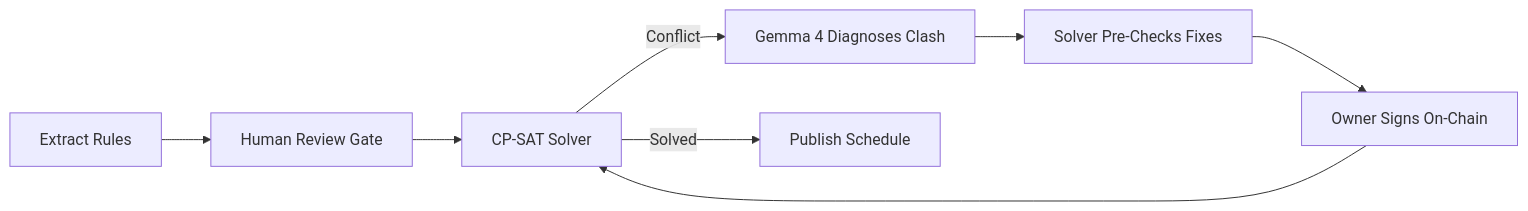
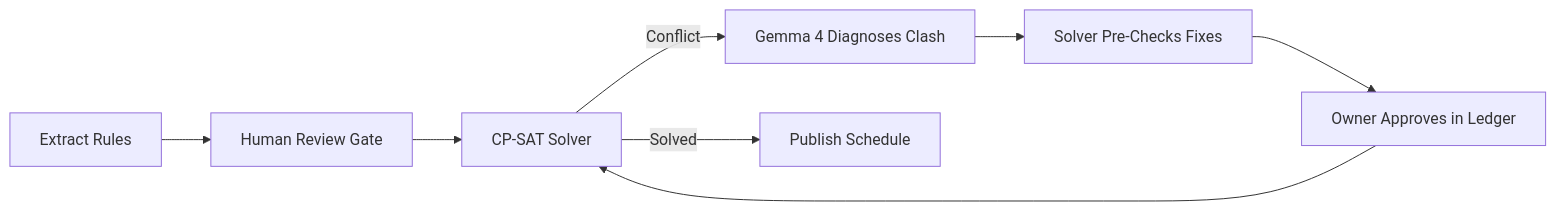
One commit to ANUJ760/PhishTank changed the fifth of 5 diagrams in README.md. Above: the diagram before and after it, drawn with Mermaid. The commit also changed other lines of this file and 28 other files, not shown here.

````diff
--- a/README.md
+++ b/README.md
@@ -269,10 +269,10 @@
 ```mermaid
 flowchart LR
     A["Extract Rules"] --> B["Human Review Gate"]
     B --> C["CP-SAT Solver"]
     C -->|"Conflict"| D["Gemma 4 Diagnoses Clash"]
     D --> E["Solver Pre-Checks Fixes"]
-    E --> F["Owner Signs On-Chain"]
+    E --> F["Owner Approves in Ledger"]
     F --> C
     C -->|"Solved"| G["Publish Schedule"]
 ```
````
